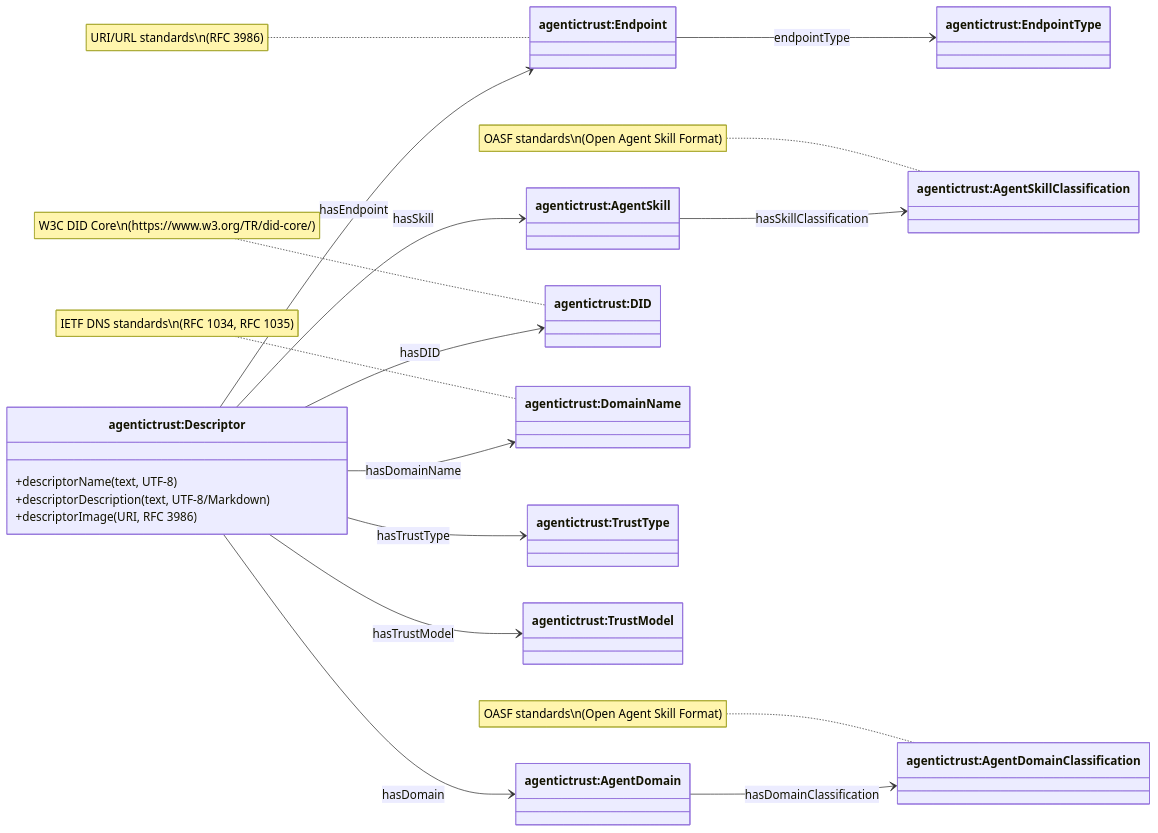
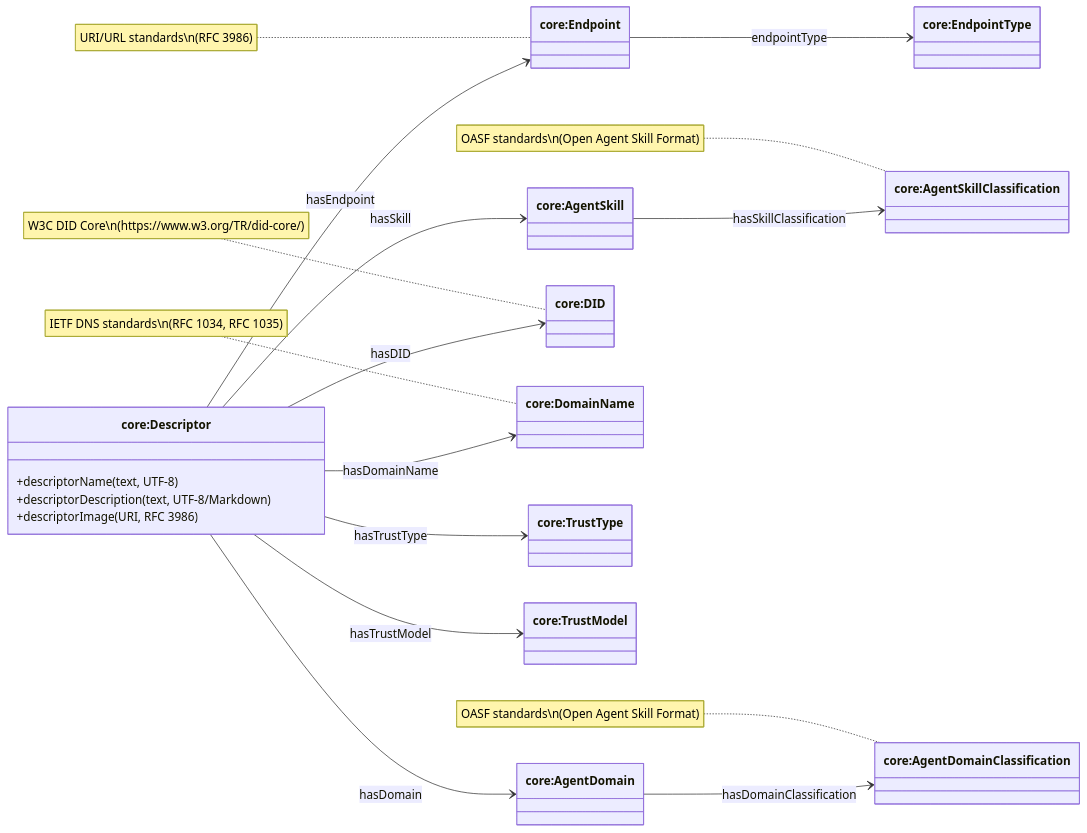
Before and after one commit to Agentic-Trust-Layer/agent-explorer: the second of 4 diagrams in docs/ontology/descriptor.md, drawn with Mermaid. The commit also changed other lines of this file and 49 other files, not shown here.

````diff
--- a/docs/ontology/descriptor.md
+++ b/docs/ontology/descriptor.md
@@ -55,36 +55,36 @@
 ```mermaid
 classDiagram
 direction LR
 
-class Descriptor["agentictrust:Descriptor"]
-class Endpoint["agentictrust:Endpoint"]
-class EndpointType["agentictrust:EndpointType"]
-class AgentSkill["agentictrust:AgentSkill"]
-class AgentSkillClassification["agentictrust:AgentSkillClassification"]
-class AgentDomain["agentictrust:AgentDomain"]
-class AgentDomainClassification["agentictrust:AgentDomainClassification"]
-class DID["agentictrust:DID"]
-class DomainName["agentictrust:DomainName"]
-class TrustType["agentictrust:TrustType"]
-class TrustModel["agentictrust:TrustModel"]
+class Descriptor["core:Descriptor"]
+class Endpoint["core:Endpoint"]
+class EndpointType["core:EndpointType"]
+class AgentSkill["core:AgentSkill"]
+class AgentSkillClassification["core:AgentSkillClassification"]
+class AgentDomain["core:AgentDomain"]
+class AgentDomainClassification["core:AgentDomainClassification"]
+class DID["core:DID"]
+class DomainName["core:DomainName"]
+class TrustType["core:TrustType"]
+class TrustModel["core:TrustModel"]
 
 Descriptor --> Endpoint : hasEndpoint
 Endpoint --> EndpointType : endpointType
 Descriptor --> AgentSkill : hasSkill
 AgentSkill --> AgentSkillClassification : hasSkillClassification
 Descriptor --> AgentDomain : hasDomain
 AgentDomain --> AgentDomainClassification : hasDomainClassification
 Descriptor --> DID : hasDID
 Descriptor --> DomainName : hasDomainName
 Descriptor --> TrustType : hasTrustType
 Descriptor --> TrustModel : hasTrustModel
 Descriptor : +descriptorName (text, UTF-8)
 Descriptor : +descriptorDescription (text, UTF-8/Markdown)
 Descriptor : +descriptorImage (URI, RFC 3986)
 
 note for Endpoint "URI/URL standards\n(RFC 3986)"
 note for AgentSkillClassification "OASF standards\n(Open Agent Skill Format)"
 note for AgentDomainClassification "OASF standards\n(Open Agent Skill Format)"
 note for DID "W3C DID Core\n(https://www.w3.org/TR/did-core/)"
 note for DomainName "IETF DNS standards\n(RFC 1034, RFC 1035)"
 ```
````
